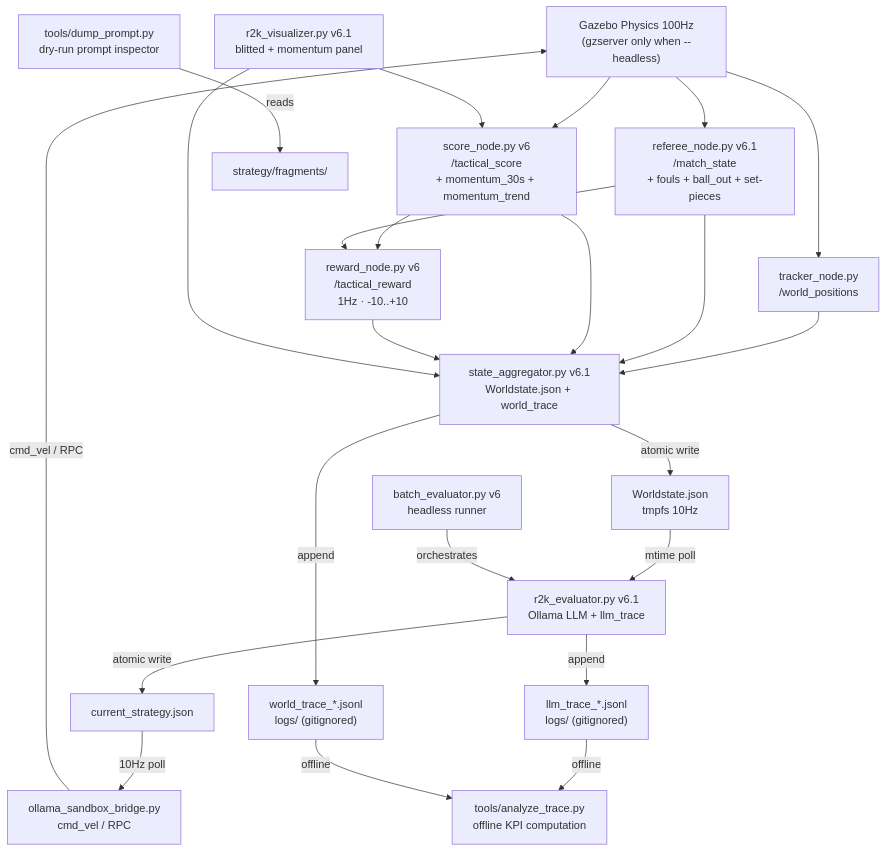
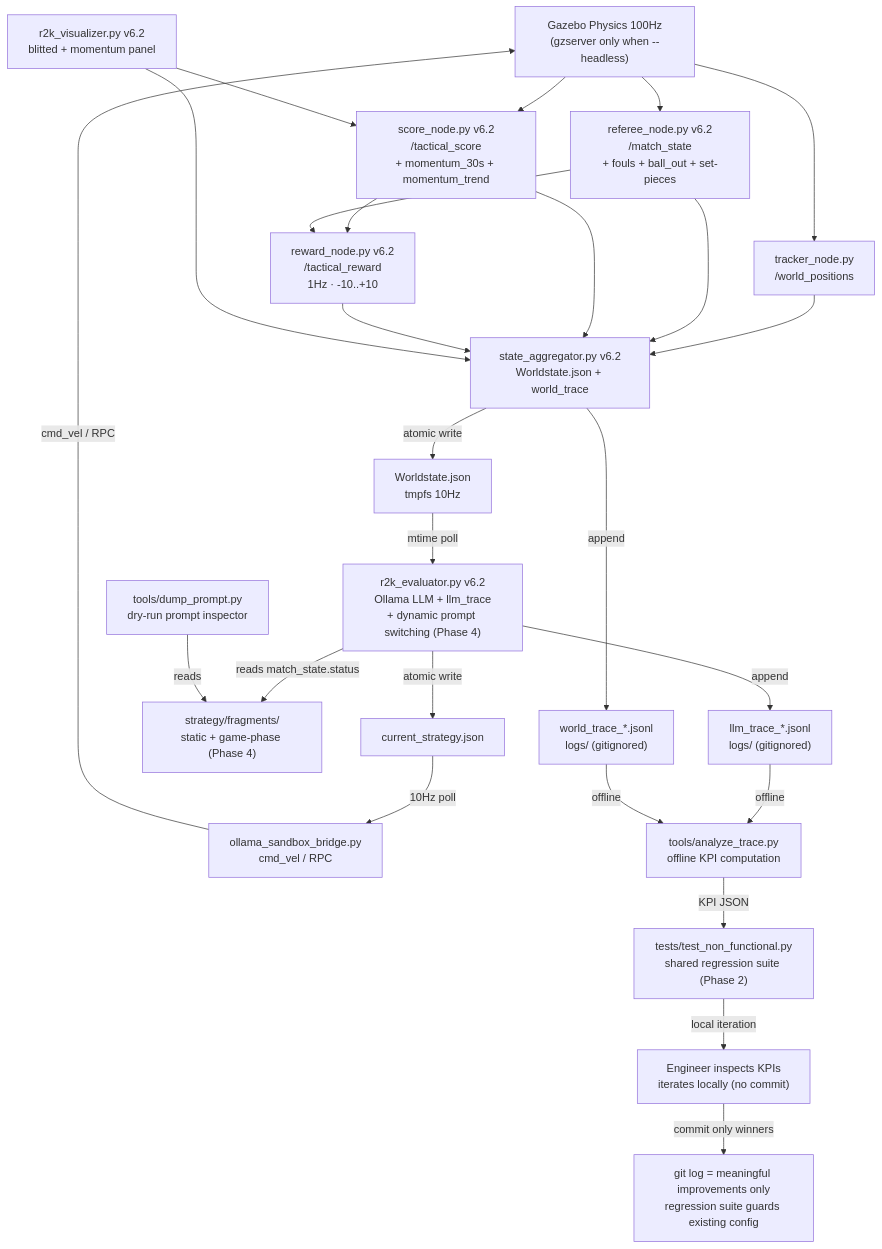
Before and after one commit to AK-Smart-Machines-HS-KL/R2K-HSL: the diagram in core/docs/optimization_spec_v6.2.md, drawn with Mermaid. The commit also changed other lines of this file, not shown here.

````diff
--- a/core/docs/optimization_spec_v6.2.md
+++ b/core/docs/optimization_spec_v6.2.md
@@ -69,38 +103,41 @@
 ```mermaid
 graph TD
     Gazebo["Gazebo Physics 100Hz<br/>(gzserver only when --headless)"]
     Tracker["tracker_node.py<br/>/world_positions"]
-    Referee["referee_node.py v6.1<br/>/match_state<br/>+ fouls + ball_out + set-pieces"]
-    Scorer["score_node.py v6<br/>/tactical_score<br/>+ momentum_30s + momentum_trend"]
-    Reward["reward_node.py v6<br/>/tactical_reward<br/>1Hz · -10..+10"]
-    Aggregator["state_aggregator.py v6.1<br/>Worldstate.json + world_trace"]
-    Evaluator["r2k_evaluator.py v6.1<br/>Ollama LLM + llm_trace"]
+    Referee["referee_node.py v6.2<br/>/match_state<br/>+ fouls + ball_out + set-pieces"]
+    Scorer["score_node.py v6.2<br/>/tactical_score<br/>+ momentum_30s + momentum_trend"]
+    Reward["reward_node.py v6.2<br/>/tactical_reward<br/>1Hz · -10..+10"]
+    Aggregator["state_aggregator.py v6.2<br/>Worldstate.json + world_trace"]
+    Evaluator["r2k_evaluator.py v6.2<br/>Ollama LLM + llm_trace<br/>+ dynamic prompt switching (Phase 4)"]
     Bridge["ollama_sandbox_bridge.py<br/>cmd_vel / RPC"]
-    Visualizer["r2k_visualizer.py v6.1<br/>blitted + momentum panel"]
-    Batch["batch_evaluator.py v6<br/>headless runner"]
+    Visualizer["r2k_visualizer.py v6.2<br/>blitted + momentum panel"]
     Analyzer["tools/analyze_trace.py<br/>offline KPI computation"]
     DumpPrompt["tools/dump_prompt.py<br/>dry-run prompt inspector"]
+    NonFuncTests["tests/test_non_functional.py<br/>shared regression suite (Phase 2)"]
 
     Gazebo --> Tracker
     Gazebo --> Referee
     Gazebo --> Scorer
     Tracker --> Aggregator
     Referee --> Aggregator
     Scorer --> Aggregator
     Scorer --> Reward
     Referee --> Reward
     Aggregator -->|atomic write| Worldstate["Worldstate.json<br/>tmpfs 10Hz"]
     Aggregator -->|append| WorldTrace["world_trace_*.jsonl<br/>logs/ (gitignored)"]
     Worldstate -->|mtime poll| Evaluator
+    Evaluator -->|reads match_state.status| Fragments["strategy/fragments/<br/>static + game-phase (Phase 4)"]
     Evaluator -->|atomic write| Strategy["current_strategy.json"]
     Evaluator -->|append| LlmTrace["llm_trace_*.jsonl<br/>logs/ (gitignored)"]
     Strategy -->|10Hz poll| Bridge
     Bridge -->|cmd_vel / RPC| Gazebo
     Reward --> Aggregator
     Visualizer --> Aggregator
     Visualizer --> Scorer
-    Batch -->|orchestrates| Evaluator
     LlmTrace -->|offline| Analyzer
     WorldTrace -->|offline| Analyzer
-    DumpPrompt -->|reads| Fragments["strategy/fragments/"]
+    DumpPrompt -->|reads| Fragments
+    Analyzer -->|KPI JSON| NonFuncTests
+    NonFuncTests -->|local iteration| Engineer["Engineer inspects KPIs<br/>iterates locally (no commit)"]
+    Engineer -->|commit only winners| GitLog["git log = meaningful improvements only<br/>regression suite guards existing config"]
 ```
````
